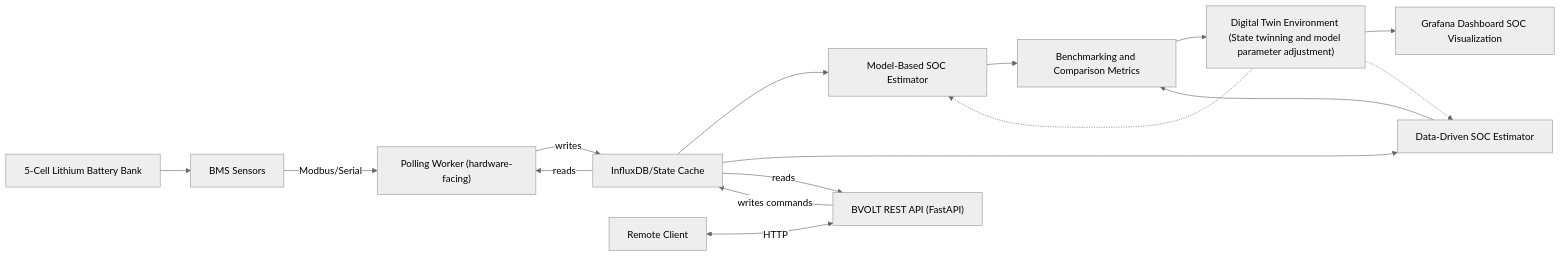
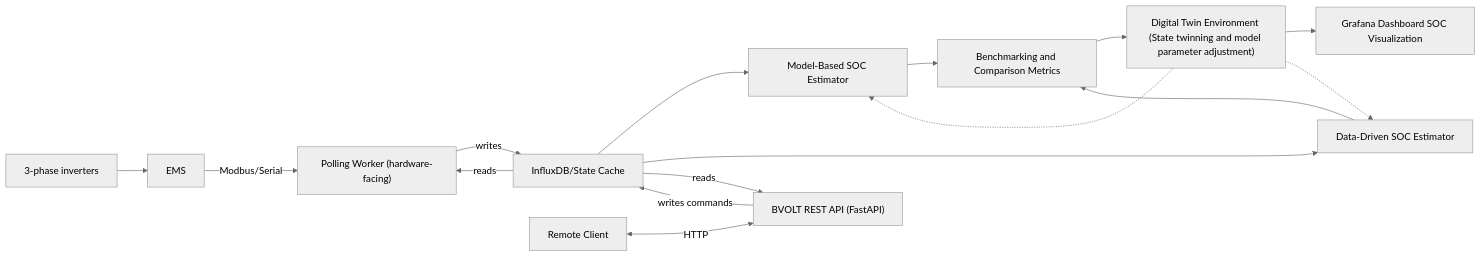
One commit to vdella/bvolt changed the diagram in README.md. Above: the diagram before and after it, drawn with Mermaid (neutral theme).

````diff
--- a/README.md
+++ b/README.md
@@ -9,77 +9,76 @@
 ```mermaid
 flowchart LR
 %% =====================
 %% Physical System
 %% =====================
-    BATTERY["5-Cell Lithium Battery Bank"]
-    BMS["BMS Sensors"]
+    INVERTERS["3-phase inverters"]
+    EMS["EMS"]
 
-    BATTERY --> BMS
+    INVERTERS --> EMS
 
 %% =====================
 %% Hardware-facing Layer
 %% =====================
     WORKER["Polling Worker (hardware-facing)"]
-    BMS -->|Modbus/Serial| WORKER
+    EMS -->|Modbus/Serial| WORKER
 
 %% =====================
 %% State Persistence
 %% =====================
     DB["InfluxDB/State Cache"]
 
     WORKER -->|writes| DB
     DB -->|reads| WORKER
 
 %% =====================
 %% Estimation Layer
 %% =====================
     MHE["Model-Based SOC Estimator"]
     TFT["Data-Driven SOC Estimator"]
 
     DB --> MHE
     DB --> TFT
 
 %% =====================
 %% Benchmarking
 %% =====================
     COMPARE["Benchmarking and Comparison Metrics"]
 
     MHE --> COMPARE
     TFT --> COMPARE
 
 %% =====================
 %% Digital Twin
 %% =====================
     TWIN["Digital Twin Environment (State twinning and model parameter adjustment)"]
 
 COMPARE --> TWIN
 
 %% =====================
 %% Visualization
 %% =====================
 DASH["Grafana Dashboard SOC Visualization"]
 
 TWIN --> DASH
 
 %% =====================
 %% API Layer (BVOLT)
 %% =====================
 API["BVOLT REST API (FastAPI)"]
 
 DB -->|reads| API
 API -->|writes commands| DB
 
 %% =====================
 %% Remote Client
 %% =====================
 CLIENT["Remote Client"]
 
 CLIENT <-->|HTTP| API
 
 %% =====================
 %% Feedback Loops (Optional)
 %% =====================
 TWIN -.-> MHE
 TWIN -.-> TFT
-
 ```
````
